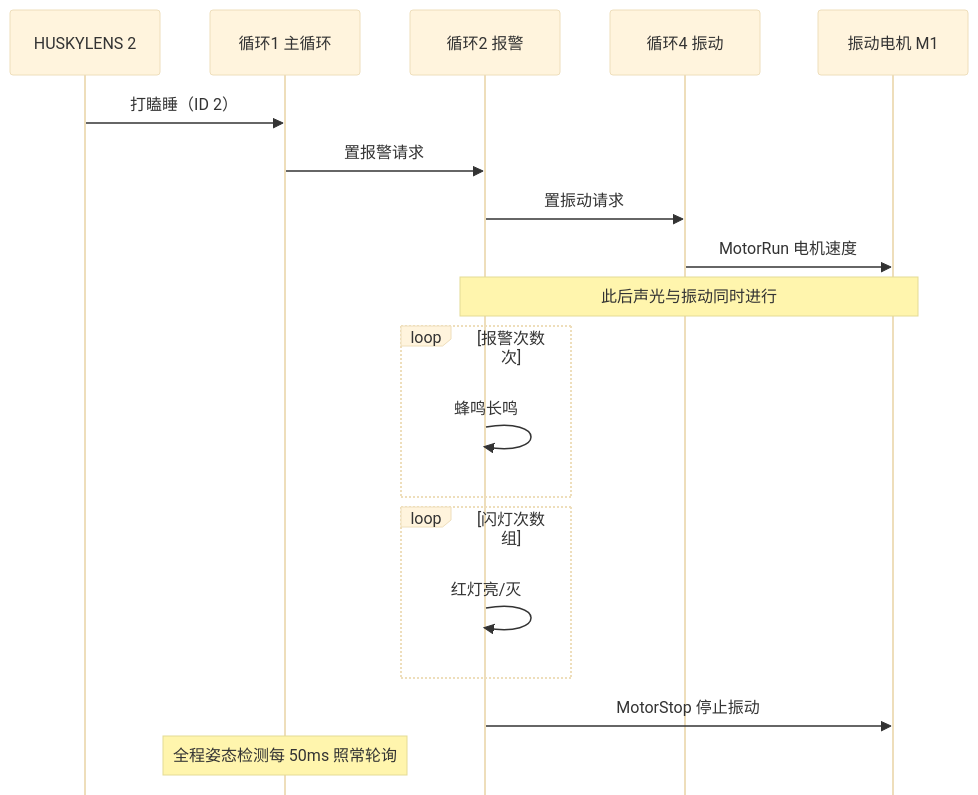
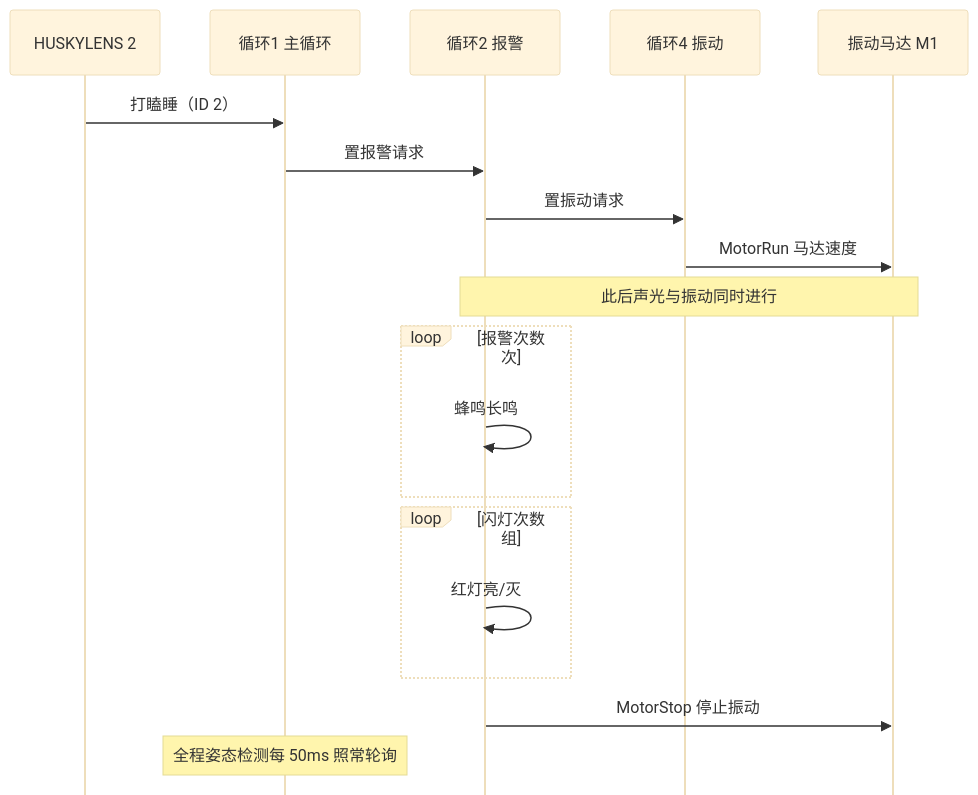
The third of 3 diagrams in README.md (Gsjsjzhznsz/driver), drawn with Mermaid before and after one commit. The commit also changed other lines of this file and 2 other files, not shown here.

````diff
--- a/README.md
+++ b/README.md
@@ -136,22 +136,22 @@
 ```mermaid
 %%{init: {"theme":"base","themeVariables":{"fontSize":"15px"},"sequence":{"mirrorActors":false,"messageAlign":"center"}}}%%
 sequenceDiagram
     participant H as HUSKYLENS 2
     participant M as 循环1 主循环
     participant A as 循环2 报警
     participant V as 循环4 振动
-    participant E as 振动电机 M1
+    participant E as 振动马达 M1
     H->>M: 打瞌睡（ID 2）
     M->>A: 置报警请求
     A->>V: 置振动请求
-    V->>E: MotorRun 电机速度
+    V->>E: MotorRun 马达速度
     Note over A,E: 此后声光与振动同时进行
     loop 报警次数 次
         A->>A: 蜂鸣长鸣
     end
     loop 闪灯次数 组
         A->>A: 红灯亮/灭
     end
     A->>E: MotorStop 停止振动
     Note over M: 全程姿态检测每 50ms 照常轮询
 ```
````
